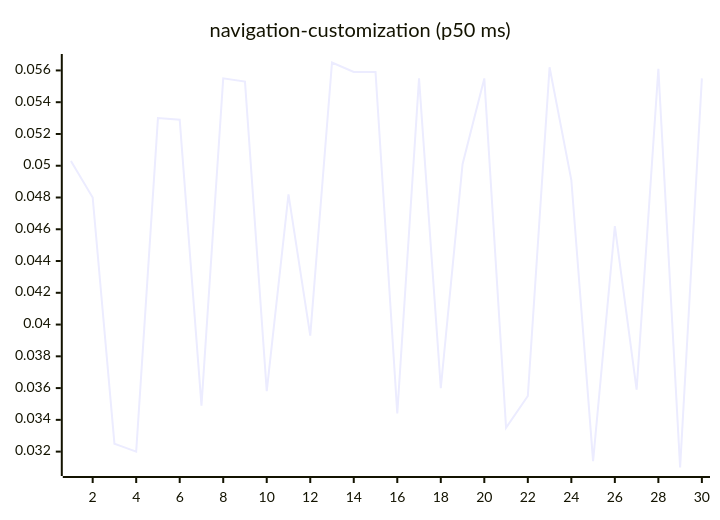
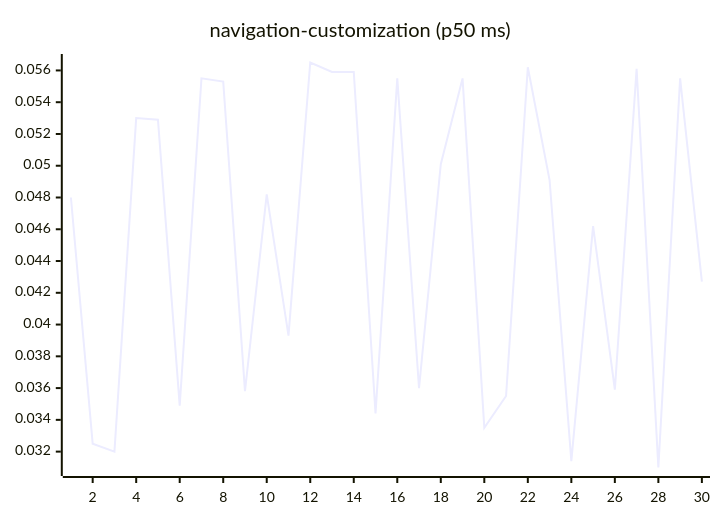
Before and after one commit to josha/Facet: diagram 15 of 27 in README.md, drawn with Mermaid. The commit also changed other lines of this file and 2 other files, not shown here.

````diff
--- a/README.md
+++ b/README.md
@@ -161,6 +161,6 @@
 ```mermaid
 xychart-beta
     title "navigation-customization (p50 ms)"
     x-axis 1 --> 30
-    line [0.0503, 0.0480, 0.0325, 0.0320, 0.0530, 0.0529, 0.0349, 0.0555, 0.0553, 0.0358, 0.0482, 0.0393, 0.0565, 0.0559, 0.0559, 0.0344, 0.0555, 0.0360, 0.0501, 0.0555, 0.0335, 0.0355, 0.0562, 0.0491, 0.0314, 0.0462, 0.0359, 0.0561, 0.0310, 0.0555]
+    line [0.0480, 0.0325, 0.0320, 0.0530, 0.0529, 0.0349, 0.0555, 0.0553, 0.0358, 0.0482, 0.0393, 0.0565, 0.0559, 0.0559, 0.0344, 0.0555, 0.0360, 0.0501, 0.0555, 0.0335, 0.0355, 0.0562, 0.0491, 0.0314, 0.0462, 0.0359, 0.0561, 0.0310, 0.0555, 0.0427]
 ```
````
